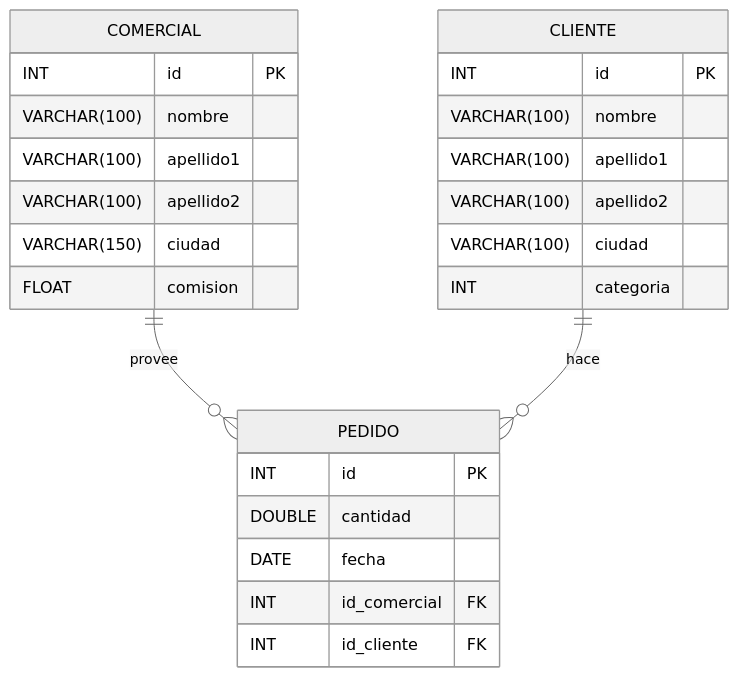
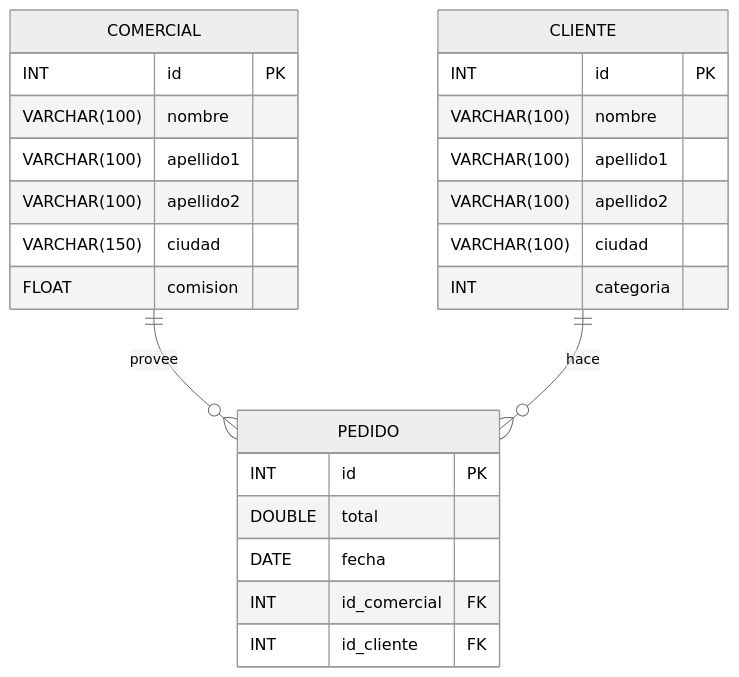
Before and after one commit to dgmx/www: the diagram in databases/sql/ventas.md, drawn with Mermaid (neutral theme).

Commit message:
ventas total

````diff
--- a/databases/sql/ventas.md
+++ b/databases/sql/ventas.md
@@ -10,31 +10,31 @@
 ```mermaid
 erDiagram
 
     COMERCIAL ||--o{ PEDIDO : provee
     COMERCIAL {
         INT id PK
         VARCHAR(100) nombre
         VARCHAR(100) apellido1
         VARCHAR(100) apellido2
         VARCHAR(150) ciudad
         FLOAT comision
         
     }
     PEDIDO {
         INT id PK
-        DOUBLE cantidad
+        DOUBLE total
         DATE fecha
         INT id_comercial FK
         INT id_cliente FK
     }
     CLIENTE ||--o{ PEDIDO : hace
     CLIENTE{
         INT id PK
         VARCHAR(100) nombre
         VARCHAR(100) apellido1
         VARCHAR(100) apellido2
         VARCHAR(100) ciudad
         INT categoria
     }
 
 ```
````
